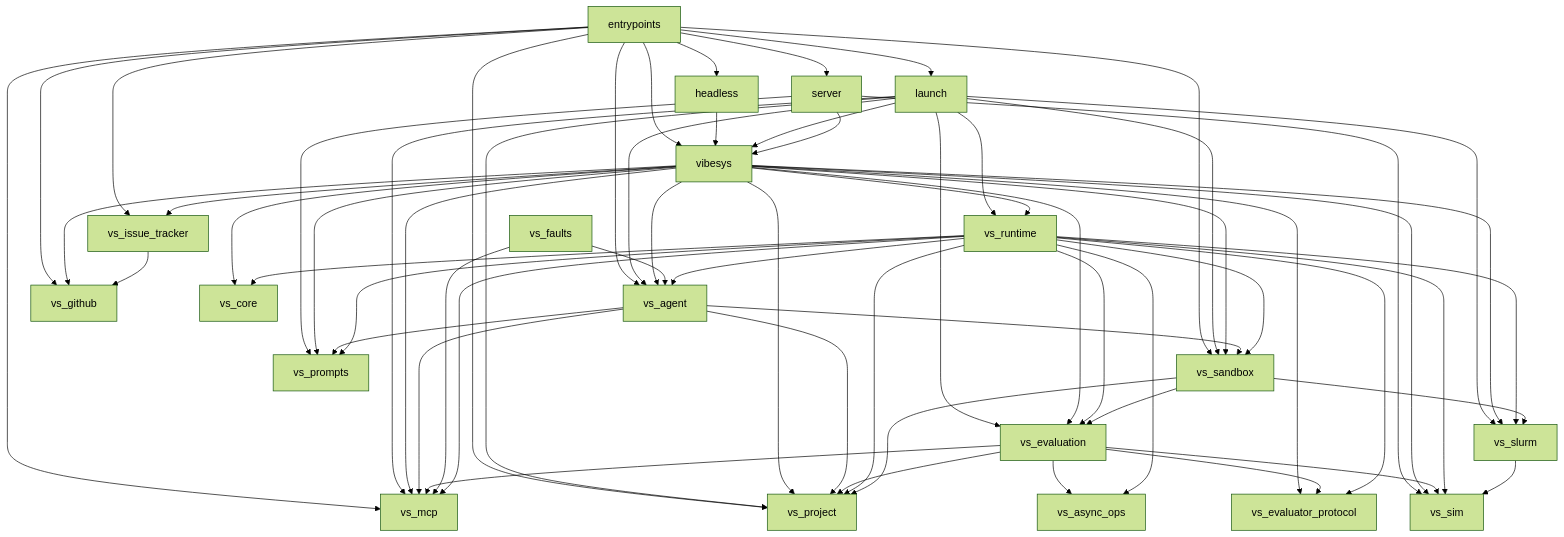
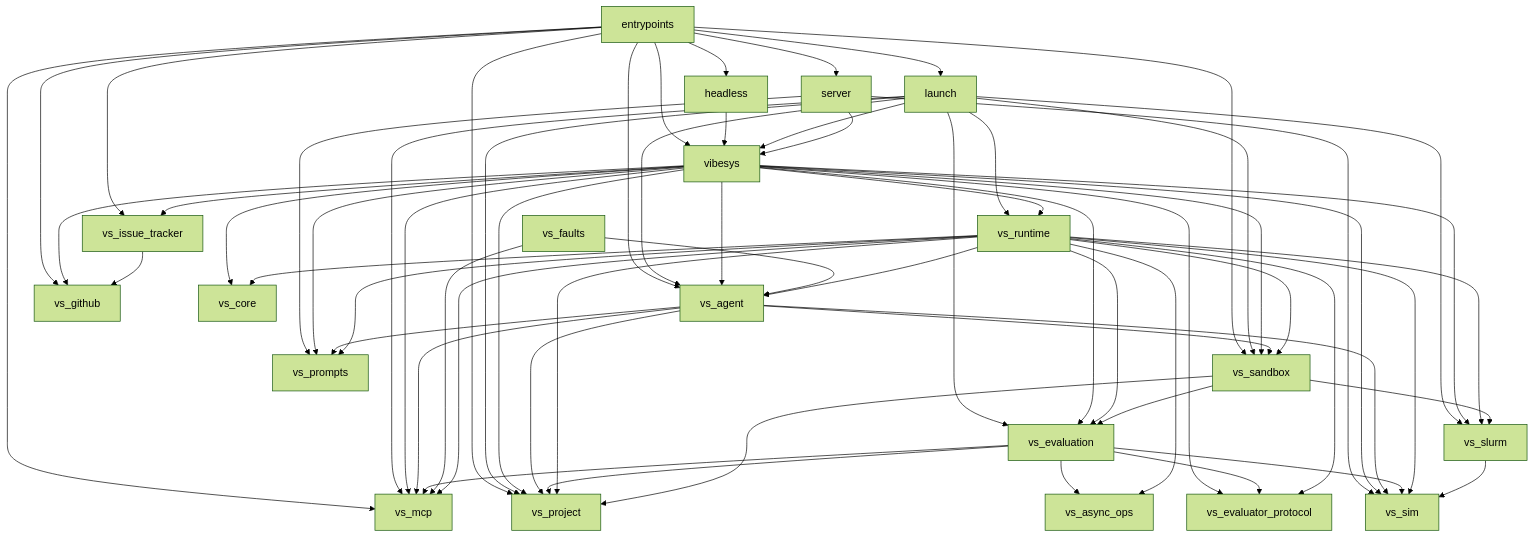
The diagram in docs/contributing/architecture.md (uw-syfi/vibesys), drawn with Mermaid (forest theme) before and after one commit. The commit also changed 19 other files, not shown here.

First line of the commit message:
refactor(vs-agent): take Clock and Threads from vs_sim.api in the Fakes and clients (#1683)

````diff
--- a/docs/contributing/architecture.md
+++ b/docs/contributing/architecture.md
@@ -104,65 +104,66 @@
 ```mermaid
 graph TD
     entrypoints --> headless
     entrypoints --> launch
     entrypoints --> server
     entrypoints --> vibesys
     entrypoints --> vs_agent
     entrypoints --> vs_github
     entrypoints --> vs_issue_tracker
     entrypoints --> vs_mcp
     entrypoints --> vs_project
     entrypoints --> vs_sandbox
     headless --> vibesys
     launch --> vibesys
     launch --> vs_agent
     launch --> vs_evaluation
     launch --> vs_mcp
     launch --> vs_project
     launch --> vs_runtime
     launch --> vs_sandbox
     launch --> vs_slurm
     server --> vibesys
     server --> vs_prompts
     server --> vs_sim
     vibesys --> vs_agent
     vibesys --> vs_core
     vibesys --> vs_evaluation
     vibesys --> vs_evaluator_protocol
     vibesys --> vs_github
     vibesys --> vs_issue_tracker
     vibesys --> vs_mcp
     vibesys --> vs_project
     vibesys --> vs_prompts
     vibesys --> vs_runtime
     vibesys --> vs_sandbox
     vibesys --> vs_sim
     vibesys --> vs_slurm
     vs_agent --> vs_mcp
     vs_agent --> vs_project
     vs_agent --> vs_prompts
     vs_agent --> vs_sandbox
+    vs_agent --> vs_sim
     vs_evaluation --> vs_async_ops
     vs_evaluation --> vs_evaluator_protocol
     vs_evaluation --> vs_mcp
     vs_evaluation --> vs_project
     vs_evaluation --> vs_sim
     vs_faults --> vs_agent
     vs_faults --> vs_mcp
     vs_issue_tracker --> vs_github
     vs_runtime --> vs_agent
     vs_runtime --> vs_async_ops
     vs_runtime --> vs_core
     vs_runtime --> vs_evaluation
     vs_runtime --> vs_evaluator_protocol
     vs_runtime --> vs_mcp
     vs_runtime --> vs_project
     vs_runtime --> vs_prompts
     vs_runtime --> vs_sandbox
     vs_runtime --> vs_sim
     vs_runtime --> vs_slurm
     vs_sandbox --> vs_evaluation
     vs_sandbox --> vs_project
     vs_sandbox --> vs_slurm
     vs_slurm --> vs_sim
 ```
````
